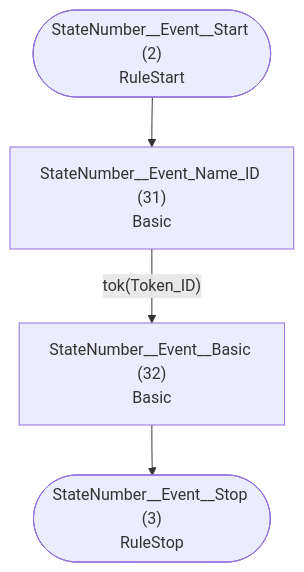
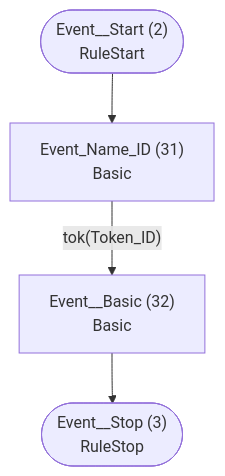
The second of 5 diagrams in examples/statemachine/atn.md (TypeFox/fastbelt), drawn with Mermaid before and after one commit. The commit also changed other lines of this file and 26 other files, not shown here.

````diff
--- a/examples/statemachine/atn.md
+++ b/examples/statemachine/atn.md
@@ -62,11 +62,11 @@
 ```mermaid
 flowchart TD
-    q2(["StateNumber__Event__Start (2)<br/>RuleStart"])
-    q3(["StateNumber__Event__Stop (3)<br/>RuleStop"])
-    q31["StateNumber__Event_Name_ID (31)<br/>Basic<br/>"]
-    q32["StateNumber__Event__Basic (32)<br/>Basic<br/>"]
+    q2(["Event__Start (2)<br/>RuleStart"])
+    q3(["Event__Stop (3)<br/>RuleStop"])
+    q31["Event_Name_ID (31)<br/>Basic<br/>"]
+    q32["Event__Basic (32)<br/>Basic<br/>"]
 
     q2 --> q31
     q31 -->|"tok(Token_ID)"| q32
     q32 --> q3
 ```
````
